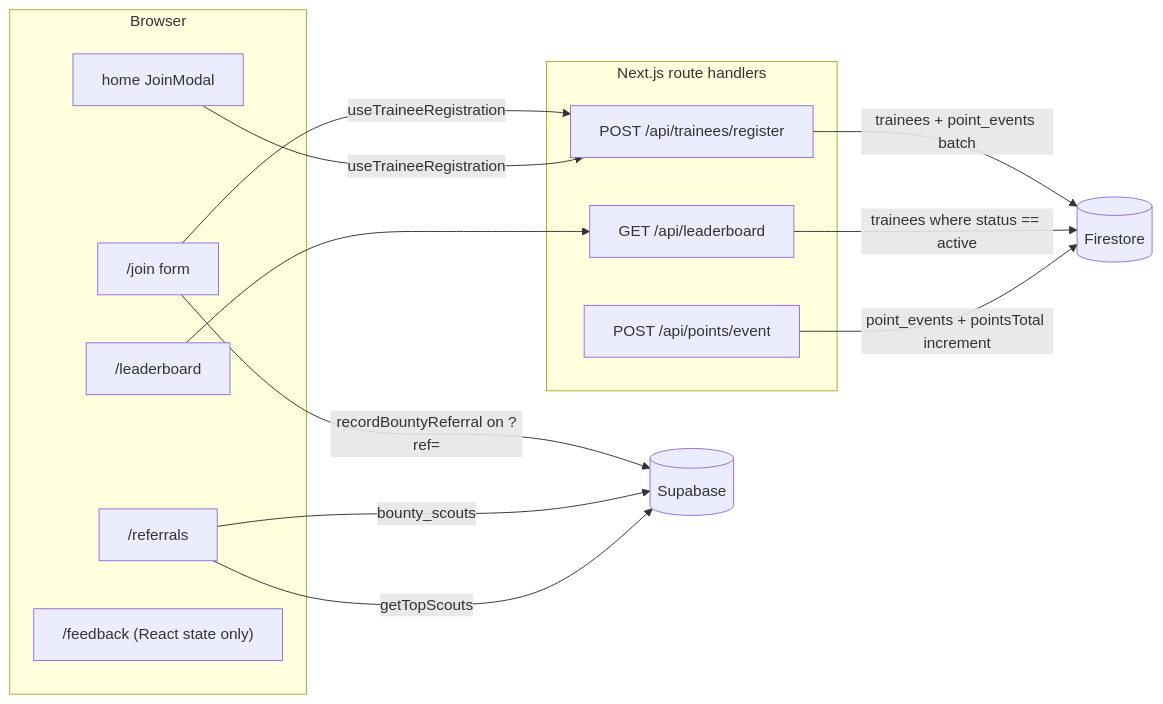
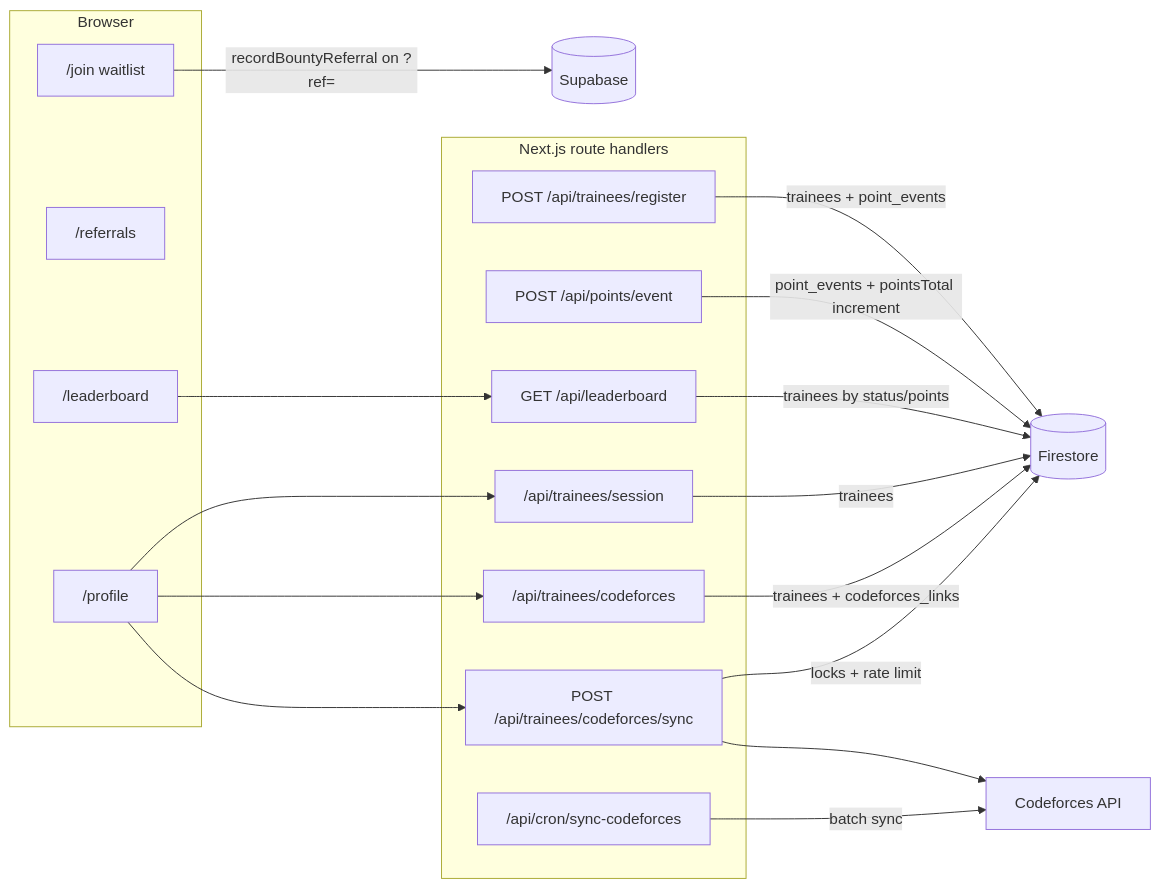
One commit to AhmedNasser-bug/icpcpua changed the diagram in docs/architecture/overview.md. Above: the diagram before and after it, drawn with Mermaid. The commit also changed other lines of this file and 14 other files, not shown here.

````diff
--- a/docs/architecture/overview.md
+++ b/docs/architecture/overview.md
@@ -50,29 +62,37 @@
 ```mermaid
 flowchart LR
   subgraph Browser
-    JOIN["/join form"]
-    MODAL["home JoinModal"]
+    JOIN["/join waitlist"]
     REF["/referrals"]
     LEADER["/leaderboard"]
-    FB["/feedback (React state only)"]
+    PROFILE["/profile"]
   end
 
   subgraph API["Next.js route handlers"]
     REG["POST /api/trainees/register"]
     EVENT["POST /api/points/event"]
     GET["GET /api/leaderboard"]
+    SESSION["/api/trainees/session"]
+    LINK["/api/trainees/codeforces"]
+    SYNC["POST /api/trainees/codeforces/sync"]
+    CRON["/api/cron/sync-codeforces"]
   end
 
+  CF["Codeforces API"]
   FIRE[(Firestore)]
   SUPA[(Supabase)]
 
-  JOIN -->|useTraineeRegistration| REG
-  MODAL -->|useTraineeRegistration| REG
-  REG -->|trainees + point_events batch| FIRE
   JOIN -->|recordBountyReferral on ?ref=| SUPA
-  REF -->|bounty_scouts| SUPA
-  REF -->|getTopScouts| SUPA
   LEADER --> GET
-  GET -->|trainees where status == active| FIRE
+  PROFILE --> SESSION
+  PROFILE --> LINK
+  PROFILE --> SYNC
+  SESSION -->|trainees| FIRE
+  LINK -->|trainees + codeforces_links| FIRE
+  SYNC -->|locks + rate limit| FIRE
+  SYNC --> CF
+  CRON -->|batch sync| CF
+  REG -->|trainees + point_events| FIRE
   EVENT -->|point_events + pointsTotal increment| FIRE
+  GET -->|trainees by status/points| FIRE
 ```
````
